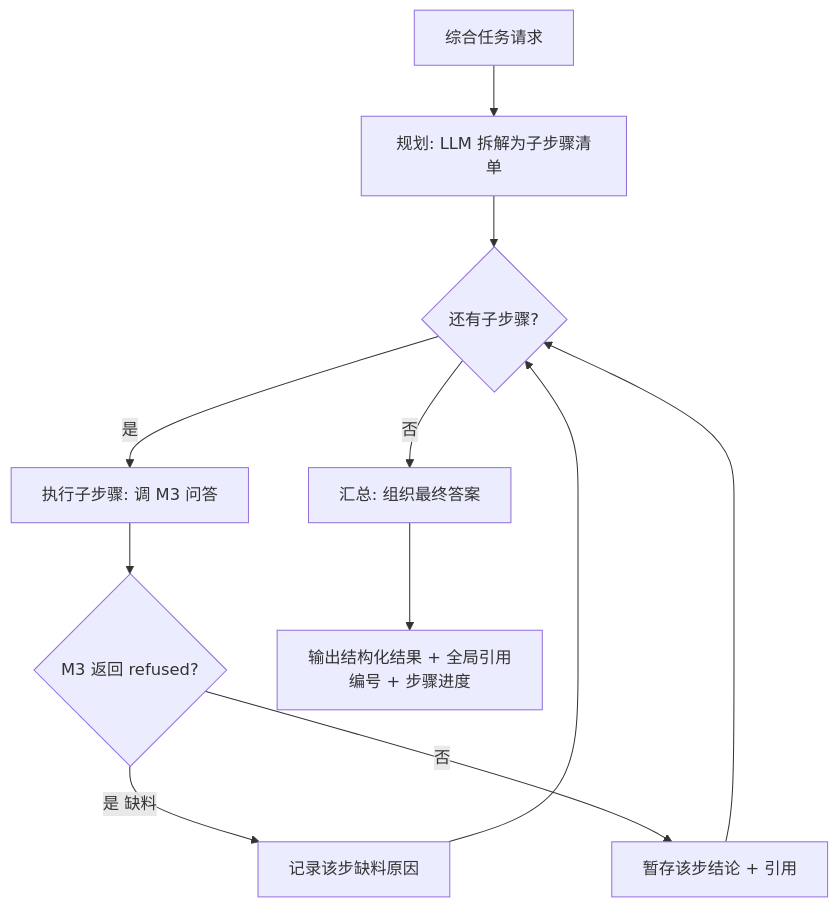
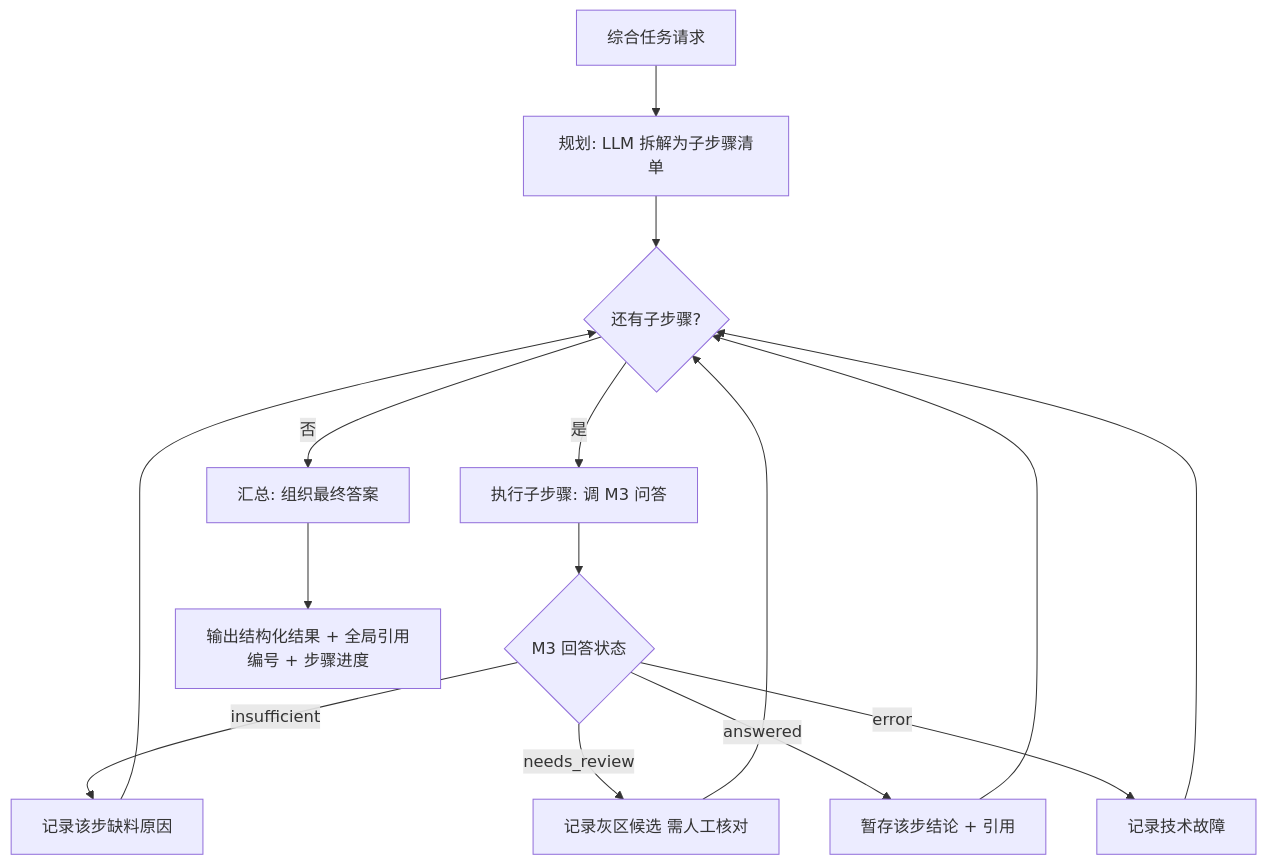
One commit to One-29/personal-knowledge-base changed the diagram in docs/design/05-agent-workflow.md. Above: the diagram before and after it, drawn with Mermaid. The commit also changed other lines of this file and 47 other files, not shown here.

````diff
--- a/docs/design/05-agent-workflow.md
+++ b/docs/design/05-agent-workflow.md
@@ -32,13 +32,17 @@
 ```mermaid
 flowchart TD
     A[综合任务请求] --> B[规划: LLM 拆解为子步骤清单]
     B --> C{还有子步骤?}
     C -->|是| D[执行子步骤: 调 M3 问答]
-    D --> E{M3 返回 refused?}
-    E -->|是 缺料| F[记录该步缺料原因]
-    E -->|否| G[暂存该步结论 + 引用]
+    D --> E{M3 回答状态}
+    E -->|insufficient| F[记录该步缺料原因]
+    E -->|needs_review| J[记录灰区候选 需人工核对]
+    E -->|answered| G[暂存该步结论 + 引用]
+    E -->|error| K[记录技术故障]
     F --> C
+    J --> C
+    K --> C
     G --> C
     C -->|否| H[汇总: 组织最终答案]
     H --> I[输出结构化结果 + 全局引用编号 + 步骤进度]
 ```
````
